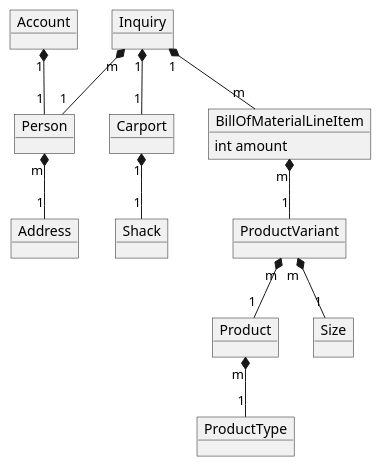
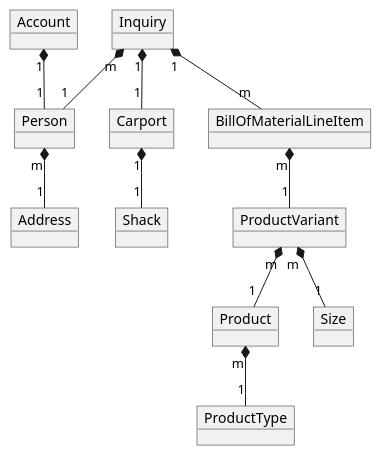
One commit to Legolai/CarportEksamensProject changed the diagram in documentation/domainModelV3.puml. Above: the diagram before and after it, drawn with PlantUML. The commit also changed 7 other files, not shown here.

```diff
--- a/documentation/domainModelV3.puml
+++ b/documentation/domainModelV3.puml
@@ -1,33 +1,32 @@
 @startuml
 'https://plantuml.com/object-diagram
 
 object Address
 object Account
 object Person
 object Inquiry
 object Carport
 object Shack
 object BillOfMaterialLineItem
 object Product
 object ProductVariant
 object ProductType
 object Size
 
-BillOfMaterialLineItem : int amount
 
 ProductVariant "m"*--"1" Product
 ProductVariant "m"*--"1" Size
 Product "m"*--"1" ProductType
 
 Account "1"*--"1" Person
 Person "m"*--"1" Address
 Carport "1"*--"1" Shack
 
 Inquiry "1" *-- "1" Carport
 Inquiry "m" *-- "1" Person
 Inquiry "1" *-- "m" BillOfMaterialLineItem
 BillOfMaterialLineItem "m" *-- "1" ProductVariant
 
 
 
 @enduml
```
